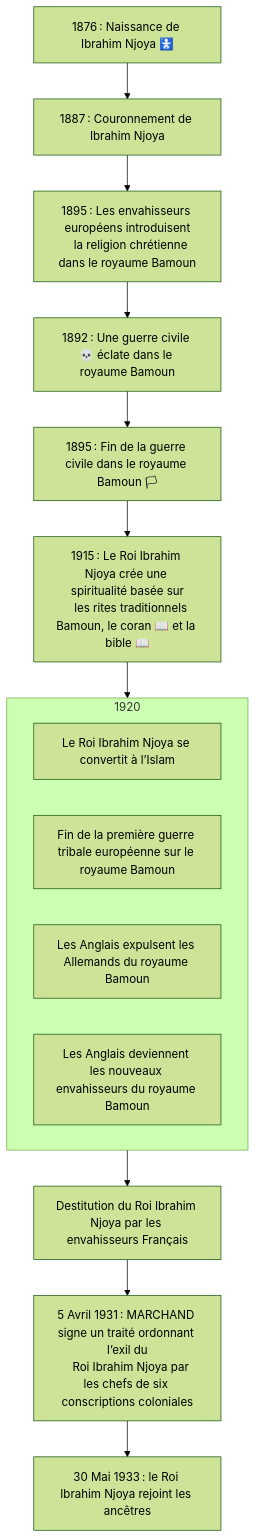
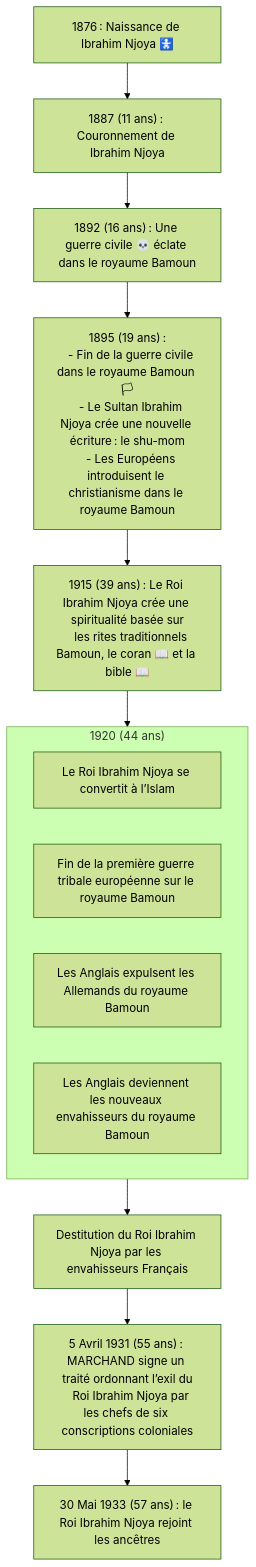
Before and after one commit to ba-moun/Ba-Moun-Save: the diagram in en-cours/personnalite/homme/noble/souverain/roi/afrique/centre/bamoun/ibrahim-njoya.md, drawn with Mermaid (forest theme). The commit also changed other lines of this file, not shown here.

Commit message:
docs: update en-cours/personnalite/homme/noble/souverain/roi/afrique/centre/bamoun/ibrahim-njoya

````diff
--- a/en-cours/personnalite/homme/noble/souverain/roi/afrique/centre/bamoun/ibrahim-njoya.md
+++ b/en-cours/personnalite/homme/noble/souverain/roi/afrique/centre/bamoun/ibrahim-njoya.md
@@ -27,35 +27,36 @@
 ```mermaid
 flowchart TB
 
    birth["1876 : Naissance de Ibrahim Njoya 🚼"]
    
-   coronation["1887 : Couronnement de Ibrahim Njoya"]
+   coronation["1887 (11 ans) : Couronnement de Ibrahim Njoya"]
 
-   christianity["1895 : Les envahisseurs européens introduisent
-   la religion chrétienne dans le royaume Bamoun"]
+   civilWarBegining["1892 (16 ans) : Une guerre civile 💀 éclate dans le royaume Bamoun"]
 
-    civilWarBegining["1892 : Une guerre civile 💀 éclate dans le royaume Bamoun"]
-    civilWarEnd["1895 : Fin de la guerre civile dans le royaume Bamoun 🏳"]
+   civilWarShuMomChristianity["1895 (19 ans) :
+   - Fin de la guerre civile dans le royaume Bamoun 🏳
+   - Le Sultan Ibrahim Njoya crée une nouvelle écriture : le shu-mom
+   - Les Européens introduisent le christianisme dans le royaume Bamoun"]
 
-   spirituality["1915 : Le Roi Ibrahim Njoya crée une spiritualité basée sur
+   spirituality["1915 (39 ans) : Le Roi Ibrahim Njoya crée une spiritualité basée sur
    les rites traditionnels Bamoun, le coran 📖 et la bible 📖"]
 
-   subgraph 1920
+   subgraph misc["1920 (44 ans)"]
 
      conversion["Le Roi Ibrahim Njoya se convertit à l’Islam"]
      firstEuTribalWarEnd["Fin de la première guerre tribale européenne sur le royaume Bamoun"]
      dutchEviction["Les Anglais expulsent les Allemands du royaume Bamoun"]
      englishInvasion["Les Anglais deviennent les nouveaux envahisseurs du royaume Bamoun"]
 
         end
         
    careOrder["Destitution du Roi Ibrahim Njoya par les envahisseurs Français"]
         
-   treaty["5 Avril 1931 : MARCHAND signe un traité ordonnant l’exil du
+   treaty["5 Avril 1931 (55 ans) : MARCHAND signe un traité ordonnant l’exil du
    Roi Ibrahim Njoya par les chefs de six conscriptions coloniales"]
    
-   death["30 Mai 1933 : le Roi Ibrahim Njoya rejoint les ancêtres"]
+   death["30 Mai 1933 (57 ans) : le Roi Ibrahim Njoya rejoint les ancêtres"]
    
-   birth --> coronation --> christianity --> civilWarBegining --> civilWarEnd --> spirituality --> 1920 --> careOrder --> treaty --> death
+   birth --> coronation --> civilWarBegining --> civilWarShuMomChristianity --> spirituality --> misc --> careOrder --> treaty --> death
    
 ```
````
